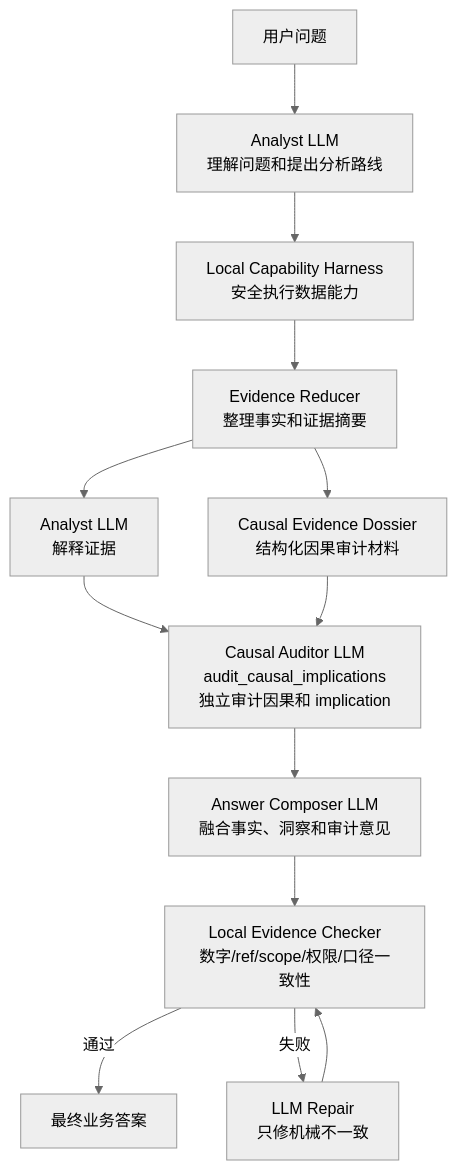
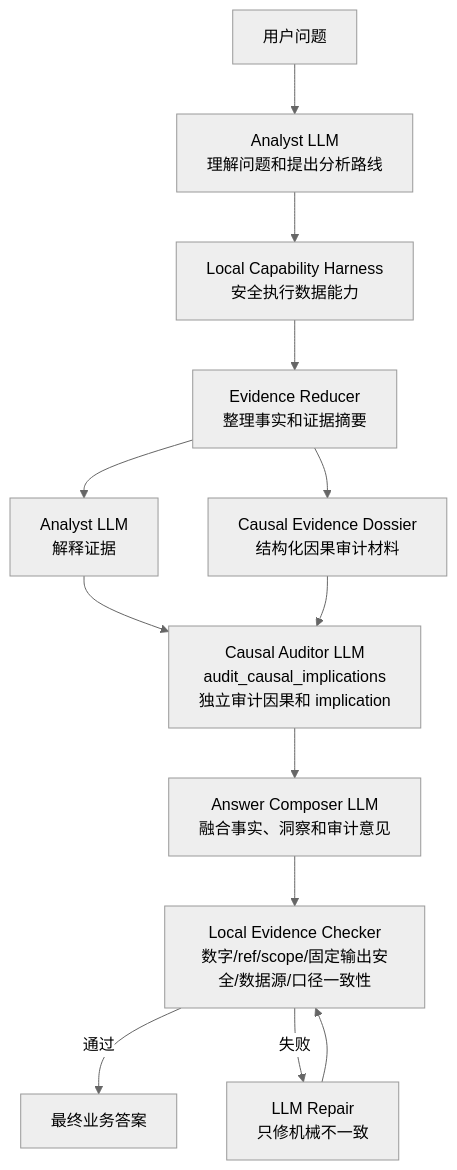
The diagram in docs/causal-auditor-llm-architecture.md (mymorphstyle-dotcom/waje-bi-v2), drawn with Mermaid (neutral theme) before and after one commit. The commit also changed other lines of this file and 187 other files, not shown here.

````diff
--- a/docs/causal-auditor-llm-architecture.md
+++ b/docs/causal-auditor-llm-architecture.md
@@ -111,15 +111,15 @@
 ```mermaid
 flowchart TD
   A["用户问题"] --> B["Analyst LLM<br/>理解问题和提出分析路线"]
   B --> C["Local Capability Harness<br/>安全执行数据能力"]
   C --> D["Evidence Reducer<br/>整理事实和证据摘要"]
   D --> E["Analyst LLM<br/>解释证据"]
   D --> F["Causal Evidence Dossier<br/>结构化因果审计材料"]
   E --> G["Causal Auditor LLM<br/>audit_causal_implications<br/>独立审计因果和 implication"]
   F --> G
   G --> H["Answer Composer LLM<br/>融合事实、洞察和审计意见"]
-  H --> I["Local Evidence Checker<br/>数字/ref/scope/权限/口径一致性"]
+  H --> I["Local Evidence Checker<br/>数字/ref/scope/固定输出安全/数据源/口径一致性"]
   I -->|通过| J["最终业务答案"]
   I -->|失败| K["LLM Repair<br/>只修机械不一致"]
   K --> I
 ```
````
